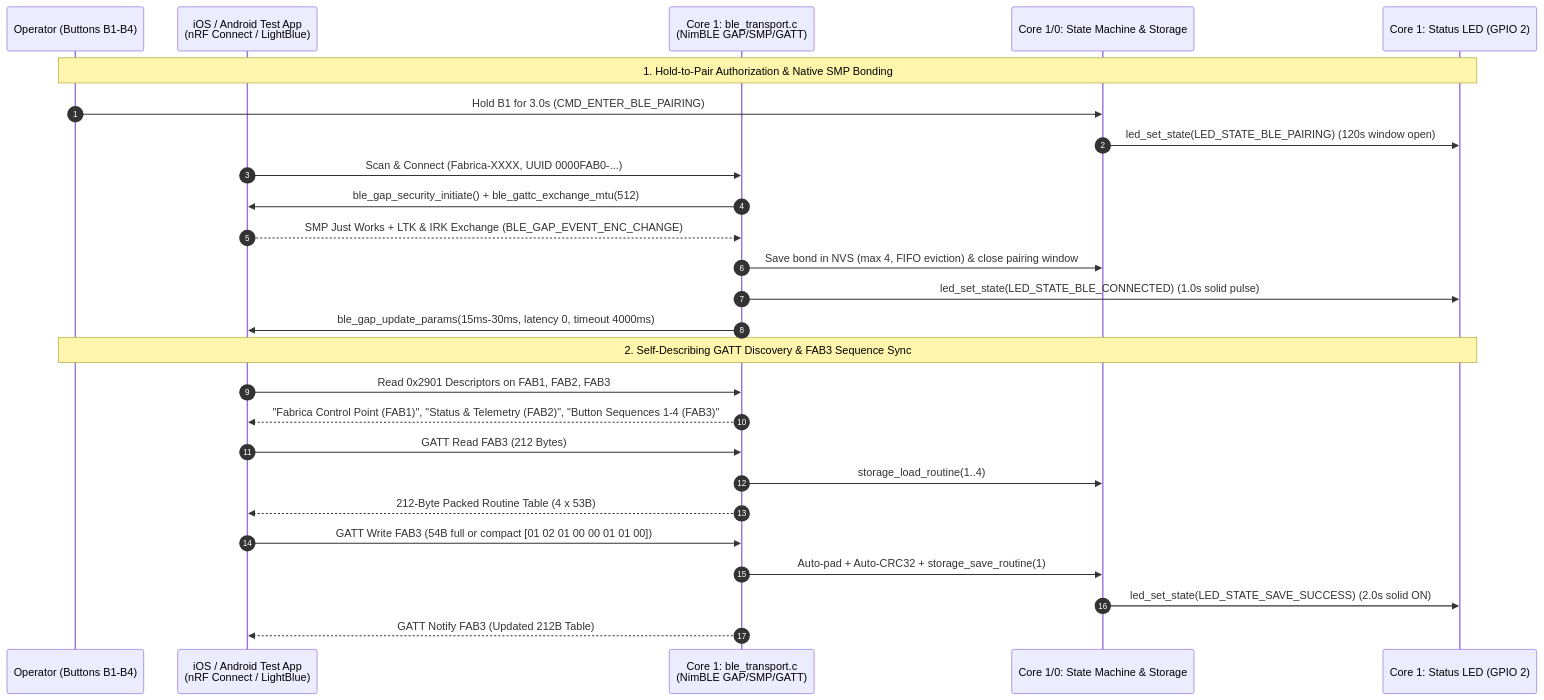
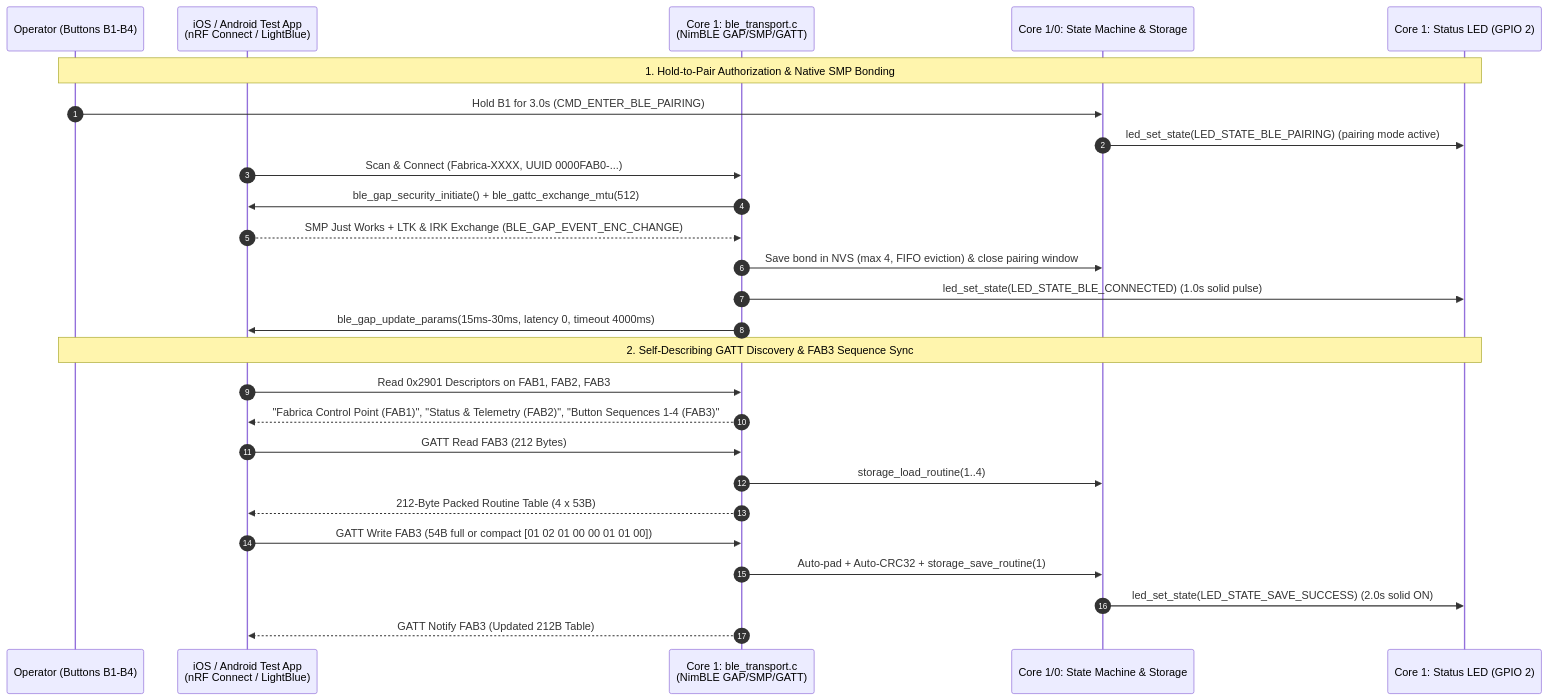
One commit to aiandrobotics/fabrica changed the diagram in firmware/specs/2026-11-06-phase-8-nimble-gatt-server/requirements.md. Above: the diagram before and after it, drawn with Mermaid. The commit also changed other lines of this file and 8 other files, not shown here.

````diff
--- a/firmware/specs/2026-11-06-phase-8-nimble-gatt-server/requirements.md
+++ b/firmware/specs/2026-11-06-phase-8-nimble-gatt-server/requirements.md
@@ -90,30 +90,30 @@
 ```mermaid
 sequenceDiagram
     autonumber
     participant Operator as Operator (Buttons B1-B4)
     participant Central as iOS / Android Test App<br/>(nRF Connect / LightBlue)
     participant BLE as Core 1: ble_transport.c<br/>(NimBLE GAP/SMP/GATT)
     participant SM as Core 1/0: State Machine & Storage
     participant LED as Core 1: Status LED (GPIO 2)
 
     Note over Operator,LED: 1. Hold-to-Pair Authorization & Native SMP Bonding
     Operator->>SM: Hold B1 for 3.0s (CMD_ENTER_BLE_PAIRING)
-    SM->>LED: led_set_state(LED_STATE_BLE_PAIRING) (120s window open)
+    SM->>LED: led_set_state(LED_STATE_BLE_PAIRING) (pairing mode active)
     Central->>BLE: Scan & Connect (Fabrica-XXXX, UUID 0000FAB0-...)
     BLE->>Central: ble_gap_security_initiate() + ble_gattc_exchange_mtu(512)
     Central-->>BLE: SMP Just Works + LTK & IRK Exchange (BLE_GAP_EVENT_ENC_CHANGE)
     BLE->>SM: Save bond in NVS (max 4, FIFO eviction) & close pairing window
     BLE->>LED: led_set_state(LED_STATE_BLE_CONNECTED) (1.0s solid pulse)
     BLE->>Central: ble_gap_update_params(15ms-30ms, latency 0, timeout 4000ms)
 
     Note over Operator,LED: 2. Self-Describing GATT Discovery & FAB3 Sequence Sync
     Central->>BLE: Read 0x2901 Descriptors on FAB1, FAB2, FAB3
     BLE-->>Central: "Fabrica Control Point (FAB1)", "Status & Telemetry (FAB2)", "Button Sequences 1-4 (FAB3)"
     Central->>BLE: GATT Read FAB3 (212 Bytes)
     BLE->>SM: storage_load_routine(1..4)
     BLE-->>Central: 212-Byte Packed Routine Table (4 x 53B)
     Central->>BLE: GATT Write FAB3 (54B full or compact [01 02 01 00 00 01 01 00])
     BLE->>SM: Auto-pad + Auto-CRC32 + storage_save_routine(1)
     SM->>LED: led_set_state(LED_STATE_SAVE_SUCCESS) (2.0s solid ON)
     BLE-->>Central: GATT Notify FAB3 (Updated 212B Table)
 ```
````
